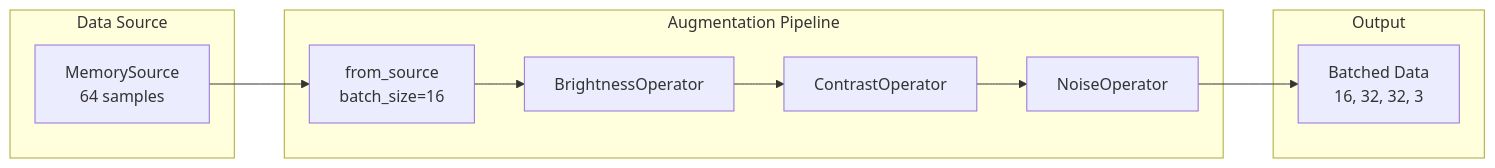
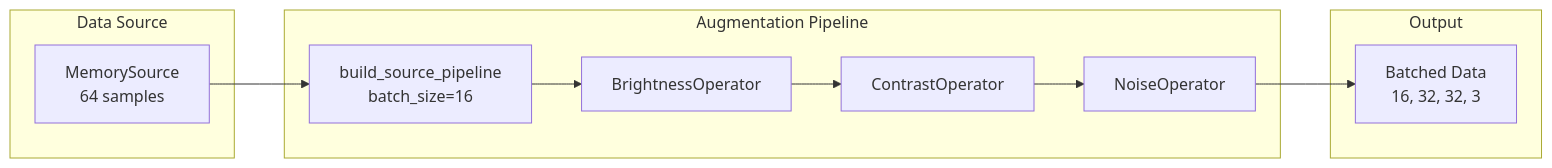
Before and after one commit to avitai/datarax: the diagram in docs/examples/core/augmentation-quickref.md, drawn with Mermaid. The commit also changed other lines of this file and 368 other files, not shown here.

````diff
--- a/docs/examples/core/augmentation-quickref.md
+++ b/docs/examples/core/augmentation-quickref.md
@@ -249,19 +249,19 @@
 ```mermaid
 flowchart LR
     subgraph Source["Data Source"]
         MS["MemorySource<br/>64 samples"]
     end
 
     subgraph Pipeline["Augmentation Pipeline"]
-        FS["from_source<br/>batch_size=16"]
+        FS["build_source_pipeline<br/>batch_size=16"]
         B["BrightnessOperator"]
         C["ContrastOperator"]
         N["NoiseOperator"]
     end
 
     subgraph Output["Output"]
         OUT["Batched Data<br/>16, 32, 32, 3"]
     end
 
     MS --> FS --> B --> C --> N --> OUT
 ```
````
